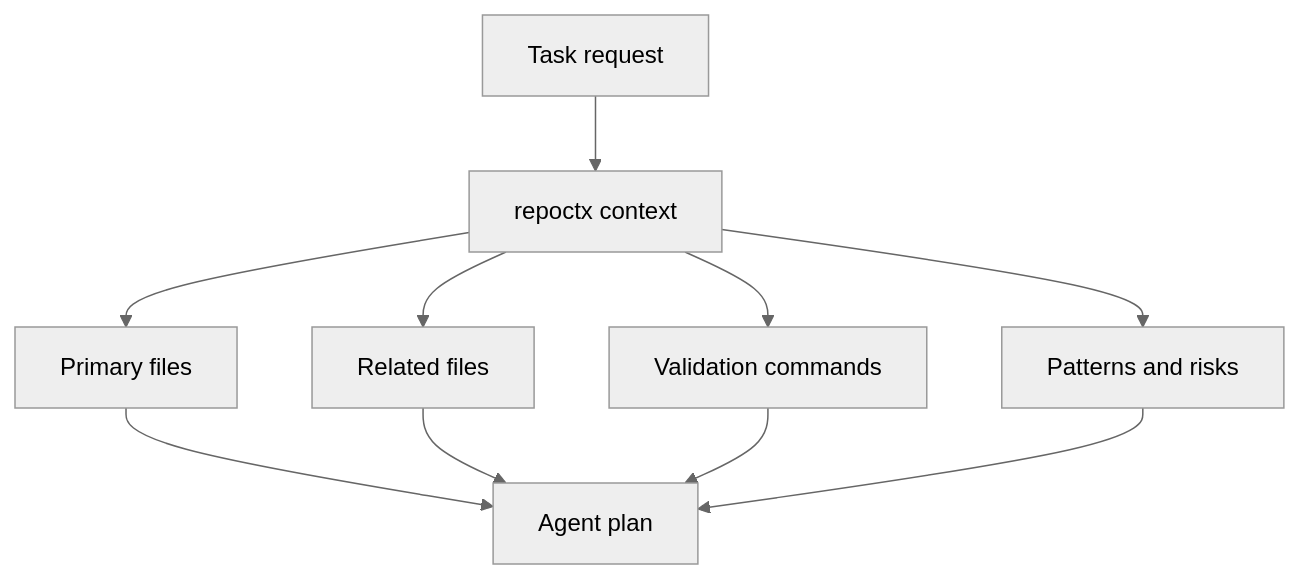
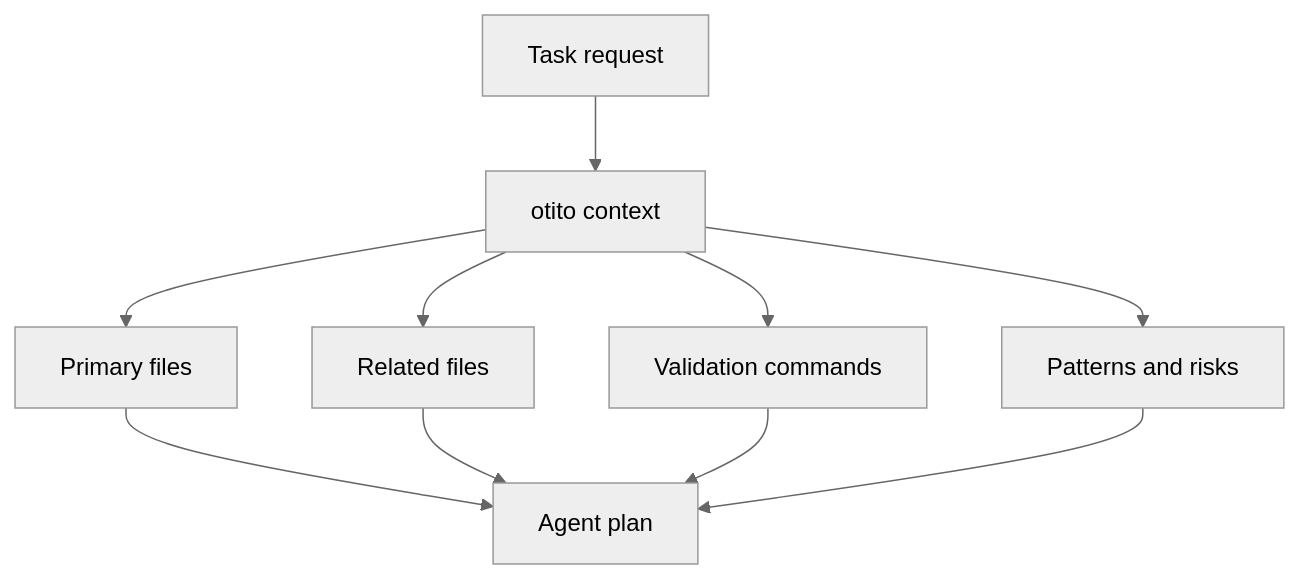
One commit to BASHBOP/otito changed the diagram in docs/01-context-foundation/README.md. Above: the diagram before and after it, drawn with Mermaid (neutral theme). The commit also changed other lines of this file and 125 other files, not shown here.

````diff
--- a/docs/01-context-foundation/README.md
+++ b/docs/01-context-foundation/README.md
@@ -36,12 +36,12 @@
 ```mermaid
 flowchart TD
-    A[Task request] --> B[repoctx context]
+    A[Task request] --> B[otito context]
     B --> C[Primary files]
     B --> D[Related files]
     B --> E[Validation commands]
     B --> F[Patterns and risks]
     C --> G[Agent plan]
     D --> G
     E --> G
     F --> G
 ```
````
